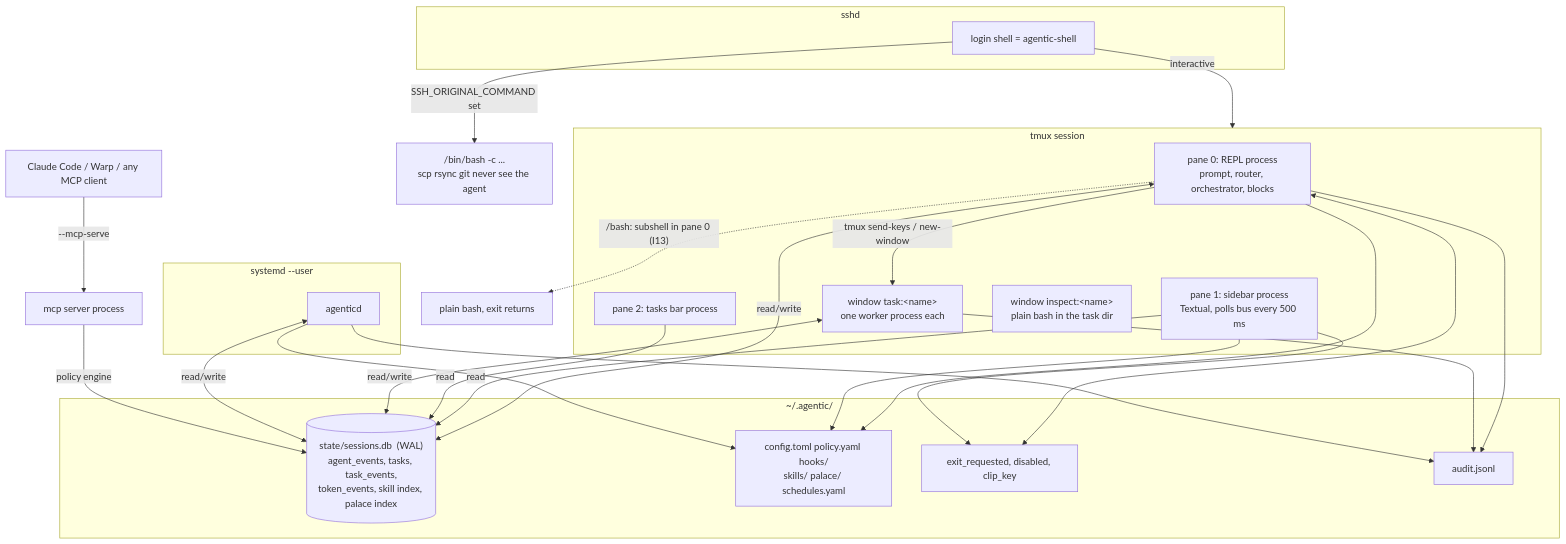
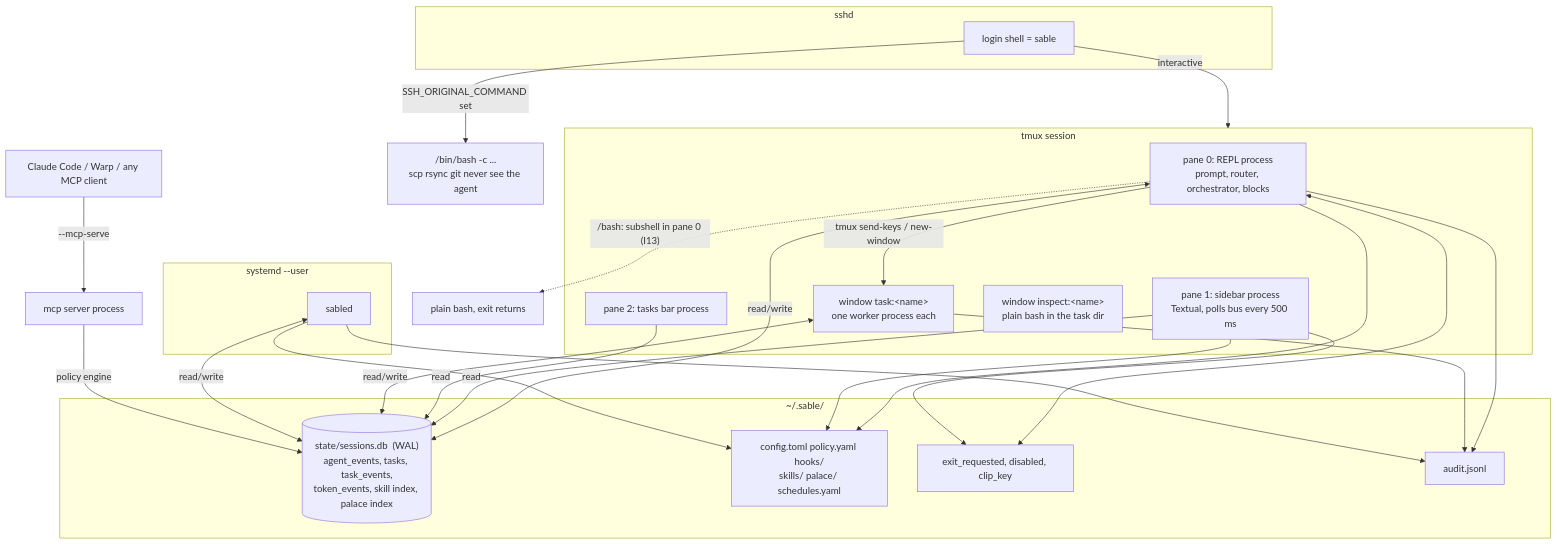
One commit to Parthkomalwad/Agentic_OS changed the eighth of 8 diagrams in docs/architecture-v4.md. Above: the diagram before and after it, drawn with Mermaid. The commit also changed other lines of this file and 42 other files, not shown here.

````diff
--- a/docs/architecture-v4.md
+++ b/docs/architecture-v4.md
@@ -386,41 +386,41 @@
 ```mermaid
 flowchart TB
     subgraph SSHD["sshd"]
-        LOGIN["login shell = agentic-shell"]
+        LOGIN["login shell = sable"]
     end
     LOGIN -->|"SSH_ORIGINAL_COMMAND set"| BASH["/bin/bash -c ...<br/>scp rsync git never see the agent"]
-    LOGIN -->|interactive| TM["tmux session agentic-&lt;user&gt;"]
+    LOGIN -->|interactive| TM["tmux session sable-&lt;user&gt;"]
 
     subgraph TM["tmux session"]
         P0["pane 0: REPL process<br/>prompt, router, orchestrator, blocks"]
         P1["pane 1: sidebar process<br/>Textual, polls bus every 500 ms"]
         P2["pane 2: tasks bar process"]
         WN["window task:&lt;name&gt;<br/>one worker process each"]
         WI["window inspect:&lt;name&gt;<br/>plain bash in the task dir"]
     end
 
     subgraph SYSTEMD["systemd --user"]
-        AD["agenticd"]
+        AD["sabled"]
     end
 
-    subgraph FS["~/.agentic/"]
+    subgraph FS["~/.sable/"]
         SQL[("state/sessions.db  (WAL)<br/>agent_events, tasks, task_events,<br/>token_events, skill index, palace index")]
         FILES["config.toml policy.yaml hooks/<br/>skills/ palace/ schedules.yaml"]
         FLAGS["exit_requested, disabled, clip_key"]
         LOGS["audit.jsonl"]
     end
 
     P0 <-->|read/write| SQL
     P1 -->|read| SQL
     P2 -->|read| SQL
     WN <-->|read/write| SQL
     AD <-->|read/write| SQL
     P0 & WN & AD --> LOGS
     P0 & P1 & AD --> FILES
     P0 <--> FLAGS
     P1 --> FLAGS
     P0 -->|"tmux send-keys / new-window"| WN
     P0 -.->|"/bash: subshell in pane 0 (I13)"| SUB["plain bash, exit returns"]
     EXT["Claude Code / Warp / any MCP client"] -->|"--mcp-serve"| MS["mcp server process"]
     MS -->|policy engine| SQL
 ```
````
